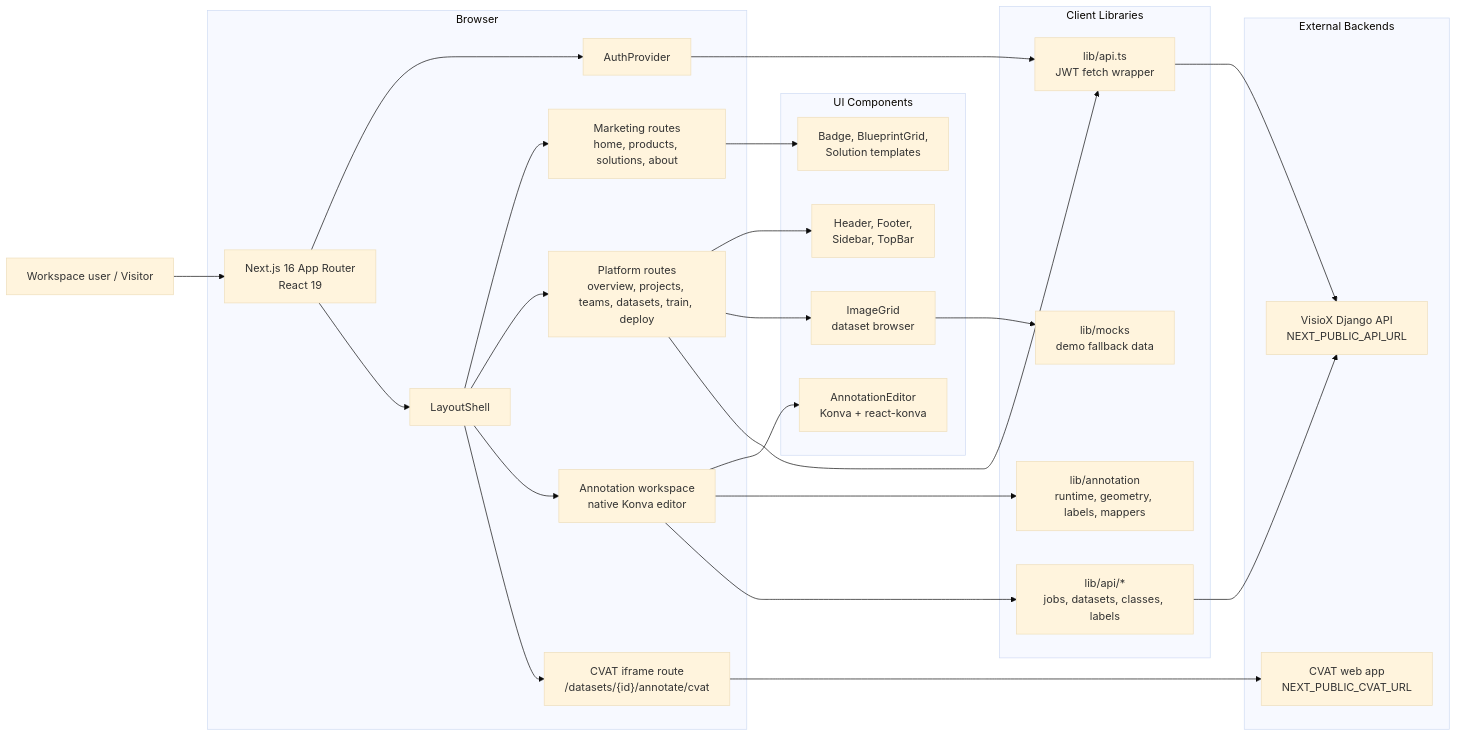
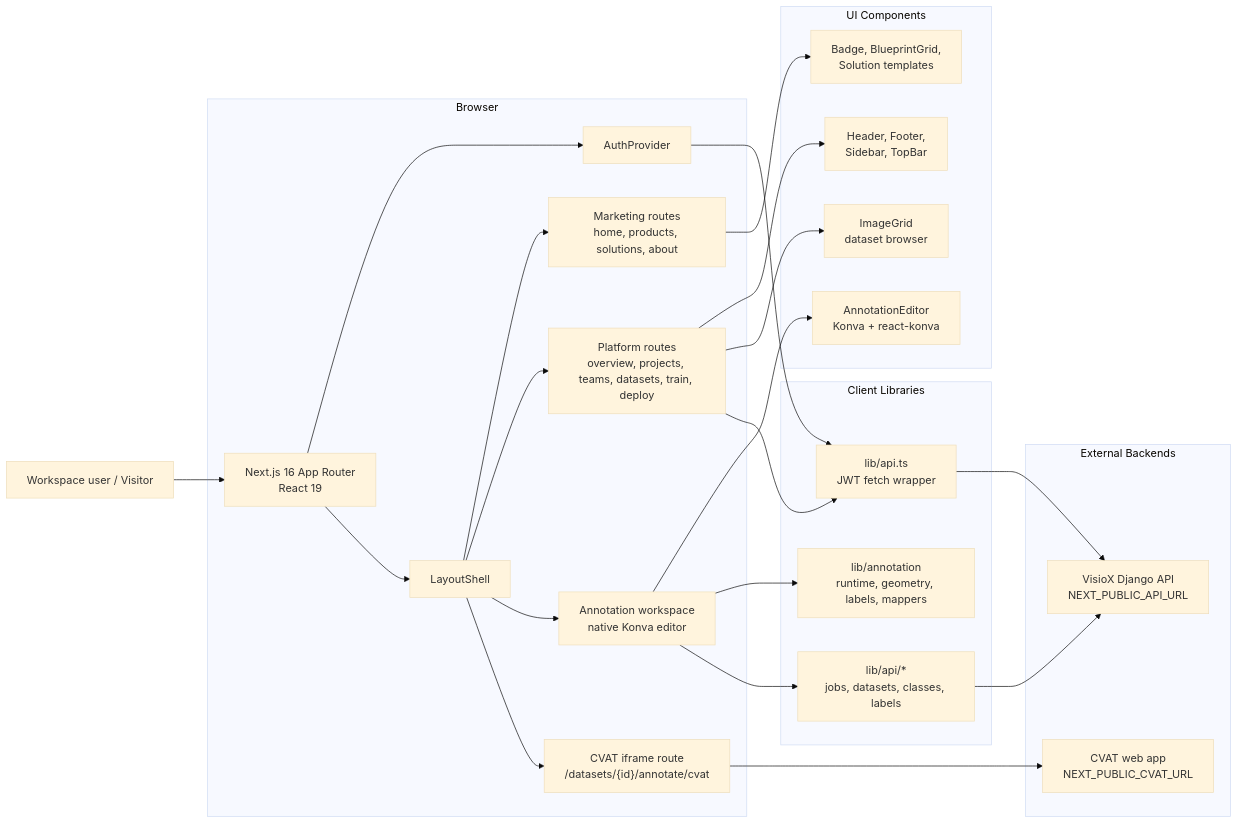
Before and after one commit to the-visiox/visiox-ui: the first of 6 diagrams in ARCHITECTURE_DIAGRAMS.md, drawn with Mermaid (base theme). The commit also changed other lines of this file and 16 other files, not shown here.

````diff
--- a/ARCHITECTURE_DIAGRAMS.md
+++ b/ARCHITECTURE_DIAGRAMS.md
@@ -26,55 +26,53 @@
 ```mermaid
 flowchart LR
     User[Workspace user / Visitor]
 
     subgraph Browser[Browser]
         Next["Next.js 16 App Router<br/>React 19"]
         AuthProvider[AuthProvider]
         LayoutShell[LayoutShell]
         Marketing["Marketing routes<br/>home, products, solutions, about"]
         Platform["Platform routes<br/>overview, projects, teams, datasets, train, deploy"]
         Annotate["Annotation workspace<br/>native Konva editor"]
         CvatEmbed["CVAT iframe route<br/>/datasets/{id}/annotate/cvat"]
     end
 
     subgraph ClientLayers[Client Libraries]
         ApiClient["lib/api.ts<br/>JWT fetch wrapper"]
         ModularApi["lib/api/*<br/>jobs, datasets, classes, labels"]
         AnnotationCore["lib/annotation<br/>runtime, geometry, labels, mappers"]
-        Mocks["lib/mocks<br/>demo fallback data"]
     end
 
     subgraph UIComponents[UI Components]
         Shell["Header, Footer,<br/>Sidebar, TopBar"]
         DataGrid["ImageGrid<br/>dataset browser"]
         Editor["AnnotationEditor<br/>Konva + react-konva"]
         Shared["Badge, BlueprintGrid,<br/>Solution templates"]
     end
 
     subgraph External[External Backends]
         VisioXAPI["VisioX Django API<br/>NEXT_PUBLIC_API_URL"]
         CVAT["CVAT web app<br/>NEXT_PUBLIC_CVAT_URL"]
     end
 
     User --> Next
     Next --> AuthProvider
     Next --> LayoutShell
     LayoutShell --> Marketing
     LayoutShell --> Platform
     LayoutShell --> Annotate
     LayoutShell --> CvatEmbed
 
     Marketing --> Shared
     Platform --> Shell
     Platform --> DataGrid
     Annotate --> Editor
     Annotate --> AnnotationCore
     CvatEmbed --> CVAT
 
     AuthProvider --> ApiClient
     Platform --> ApiClient
     Annotate --> ModularApi
     ApiClient --> VisioXAPI
     ModularApi --> VisioXAPI
-    DataGrid --> Mocks
 ```
````
